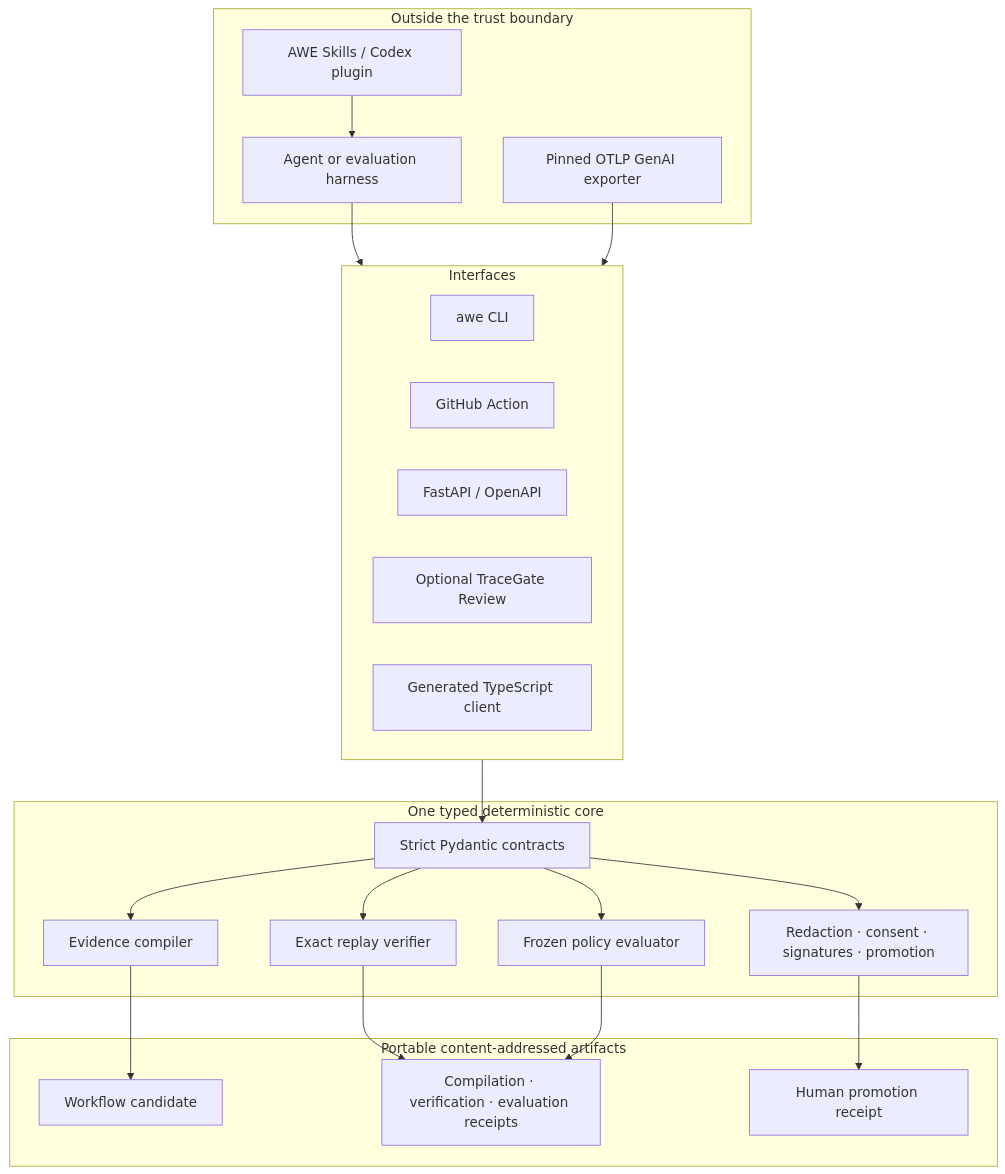
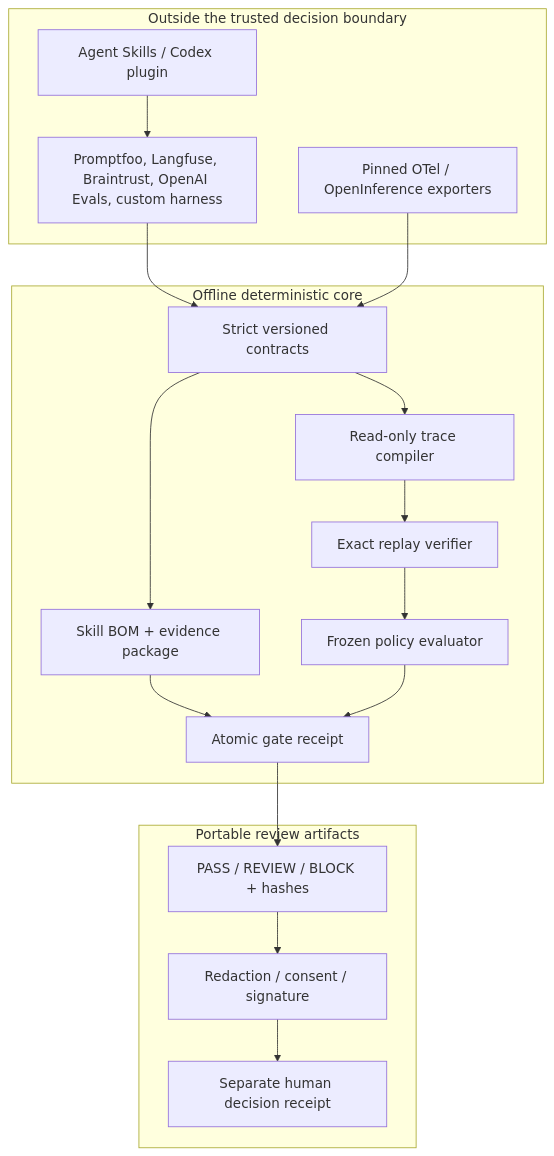
The second of 2 diagrams in README.md (kingggg5/awe-tracegate), drawn with Mermaid before and after one commit. The commit also changed other lines of this file and 71 other files, not shown here.

Commit message:
feat: ship TraceGate v0.3 plugin and atomic gate

````diff
--- a/README.md
+++ b/README.md
@@ -153,37 +158,30 @@
 ```mermaid
 flowchart TB
-    subgraph Producers["Outside the trust boundary"]
-        Skills["AWE Skills / Codex plugin"]
-        Harness["Agent or evaluation harness"]
-        OTel["Pinned OTLP GenAI exporter"]
+    subgraph Outside["Outside the trusted decision boundary"]
+        Plugin["Agent Skills / Codex plugin"]
+        Harness["Promptfoo, Langfuse, Braintrust, OpenAI Evals, custom harness"]
+        OTel["Pinned OTel / OpenInference exporters"]
     end
 
-    subgraph Interfaces["Interfaces"]
-        CLI["awe CLI"]
-        Action["GitHub Action"]
-        API["FastAPI / OpenAPI"]
-        UI["Optional TraceGate Review"]
-        TS["Generated TypeScript client"]
+    subgraph Core["Offline deterministic core"]
+        Contracts["Strict versioned contracts"]
+        BOM["Skill BOM + evidence package"]
+        Compiler["Read-only trace compiler"]
+        Replay["Exact replay verifier"]
+        Evaluator["Frozen policy evaluator"]
+        Gate["Atomic gate receipt"]
     end
 
-    subgraph Core["One typed deterministic core"]
-        Contracts["Strict Pydantic contracts"]
-        Compiler["Evidence compiler"]
-        Verifier["Exact replay verifier"]
-        Evaluator["Frozen policy evaluator"]
-        Governance["Redaction · consent · signatures · promotion"]
+    subgraph Outputs["Portable review artifacts"]
+        Receipt["PASS / REVIEW / BLOCK + hashes"]
+        Share["Redaction / consent / signature"]
+        Human["Separate human decision receipt"]
     end
 
-    subgraph Artifacts["Portable content-addressed artifacts"]
-        Candidate["Workflow candidate"]
-        Receipts["Compilation · verification · evaluation receipts"]
-        Promotion["Human promotion receipt"]
-    end
-
-    Skills --> Harness --> Interfaces
-    OTel --> Interfaces --> Contracts
-    Contracts --> Compiler --> Candidate
-    Contracts --> Verifier --> Receipts
-    Contracts --> Evaluator --> Receipts
-    Contracts --> Governance --> Promotion
+    Plugin --> Harness
+    Harness --> Contracts
+    OTel --> Contracts
+    Contracts --> BOM --> Gate
+    Contracts --> Compiler --> Replay --> Evaluator --> Gate
+    Gate --> Receipt --> Share --> Human
 ```
````
